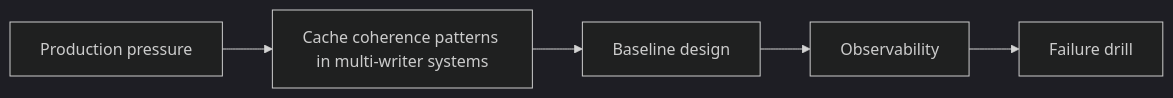
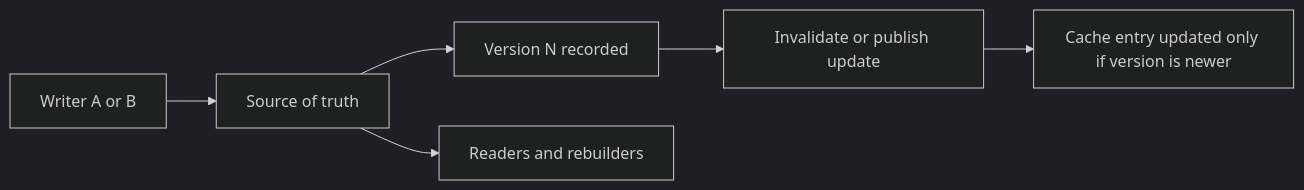
One commit to sandeepbhardwaj/sandeepbhardwaj.github.io changed the diagram in _posts/2026-12-08-cache-coherence-multi-writer-patterns-part-1.md. Above: the diagram before and after it, drawn with Mermaid (dark theme). The commit also changed other lines of this file and 19 other files, not shown here.

````diff
--- a/_posts/2026-12-08-cache-coherence-multi-writer-patterns-part-1.md
+++ b/_posts/2026-12-08-cache-coherence-multi-writer-patterns-part-1.md
@@ -57,7 +71,8 @@
 ```mermaid
 flowchart LR
-    A[Production pressure] --> B[Cache coherence patterns in multi-writer systems]
-    B --> C[Baseline design]
-    C --> D[Observability]
-    D --> E[Failure drill]
+    A[Writer A or B] --> B[Source of truth]
+    B --> C[Version N recorded]
+    C --> D[Invalidate or publish update]
+    D --> E[Cache entry updated only if version is newer]
+    B --> F[Readers and rebuilders]
 ```
````
